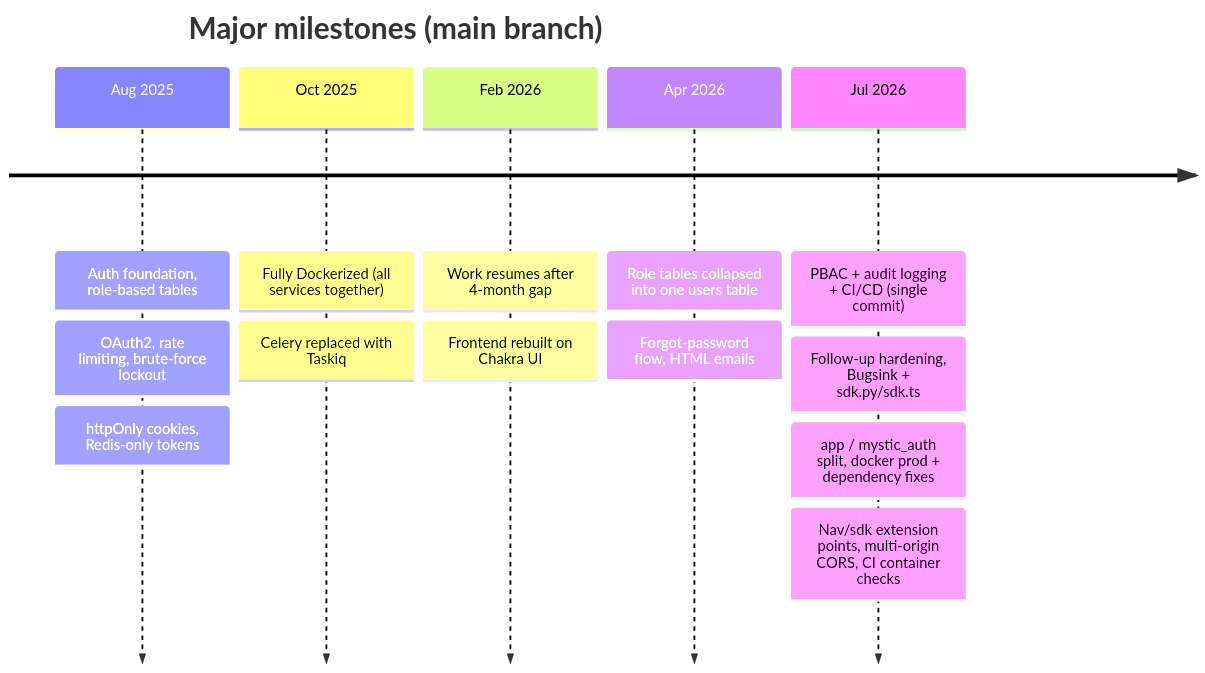
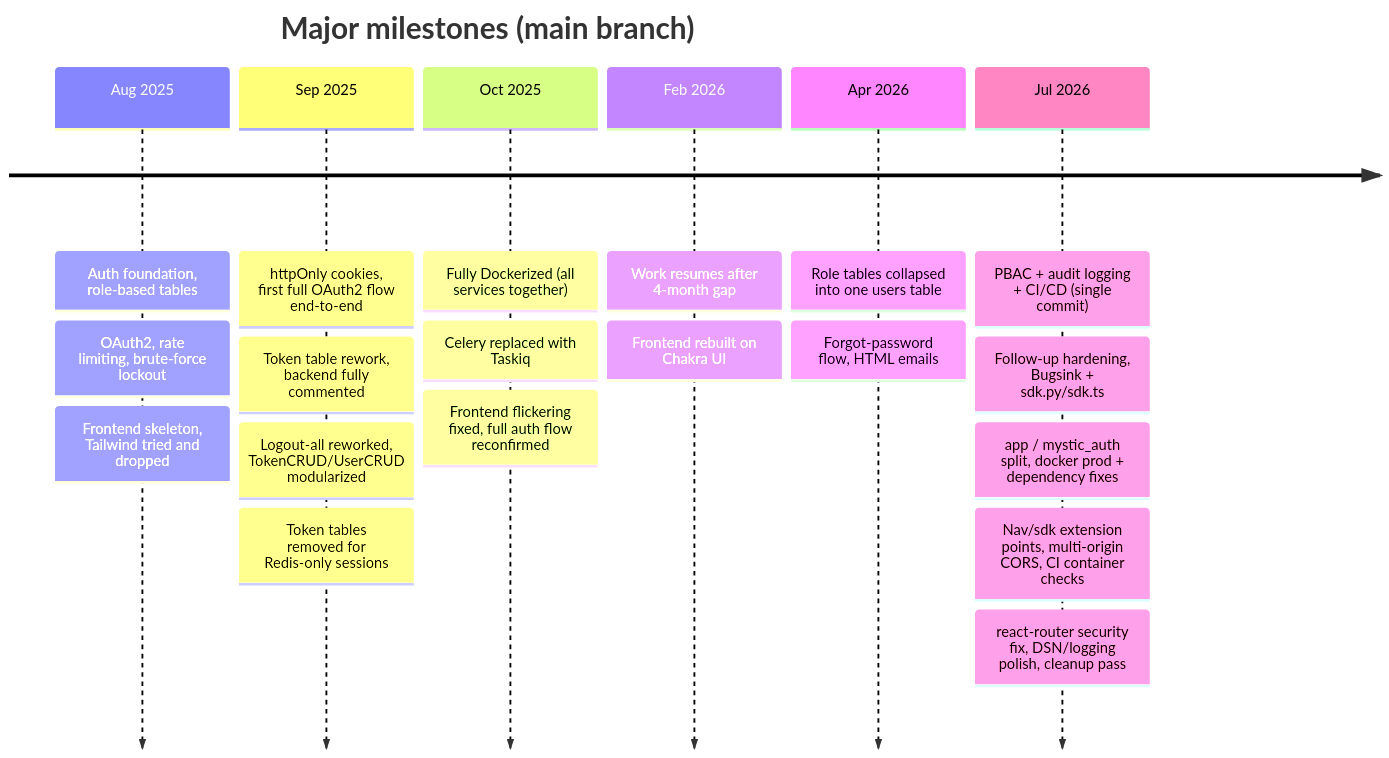
The diagram in docs/mystic_auth/project-story/README.md (Nachiket-2024/mystic-auth), drawn with Mermaid before and after one commit. The commit also changed other lines of this file and 310 other files, not shown here.

Commit message:
Upgraded react-router v8 (CSRF fix), fixed DSN race and logging mismatch

````diff
--- a/docs/mystic_auth/project-story/README.md
+++ b/docs/mystic_auth/project-story/README.md
@@ -37,17 +37,23 @@
 ```mermaid
 timeline
     title Major milestones (main branch)
-    Aug 2025 : Auth foundation, role-based tables
-             : OAuth2, rate limiting, brute-force lockout
-             : httpOnly cookies, Redis-only tokens
-    Oct 2025 : Fully Dockerized (all services together)
-             : Celery replaced with Taskiq
-    Feb 2026 : Work resumes after 4-month gap
-             : Frontend rebuilt on Chakra UI
-    Apr 2026 : Role tables collapsed into one users table
-             : Forgot-password flow, HTML emails
-    Jul 2026 : PBAC + audit logging + CI/CD (single commit)
-             : Follow-up hardening, Bugsink + sdk.py/sdk.ts
-             : app / mystic_auth split, docker prod + dependency fixes
-             : Nav/sdk extension points, multi-origin CORS, CI container checks
+    Aug 2025: Auth foundation, role-based tables
+            : OAuth2, rate limiting, brute-force lockout
+            : Frontend skeleton, Tailwind tried and dropped
+    Sep 2025: httpOnly cookies, first full OAuth2 flow end-to-end
+            : Token table rework, backend fully commented
+            : Logout-all reworked, TokenCRUD/UserCRUD modularized
+            : Token tables removed for Redis-only sessions
+    Oct 2025: Fully Dockerized (all services together)
+            : Celery replaced with Taskiq
+            : Frontend flickering fixed, full auth flow reconfirmed
+    Feb 2026: Work resumes after 4-month gap
+            : Frontend rebuilt on Chakra UI
+    Apr 2026: Role tables collapsed into one users table
+            : Forgot-password flow, HTML emails
+    Jul 2026: PBAC + audit logging + CI/CD (single commit)
+            : Follow-up hardening, Bugsink + sdk.py/sdk.ts
+            : app / mystic_auth split, docker prod + dependency fixes
+            : Nav/sdk extension points, multi-origin CORS, CI container checks
+            : react-router security fix, DSN/logging polish, cleanup pass
 ```
````
